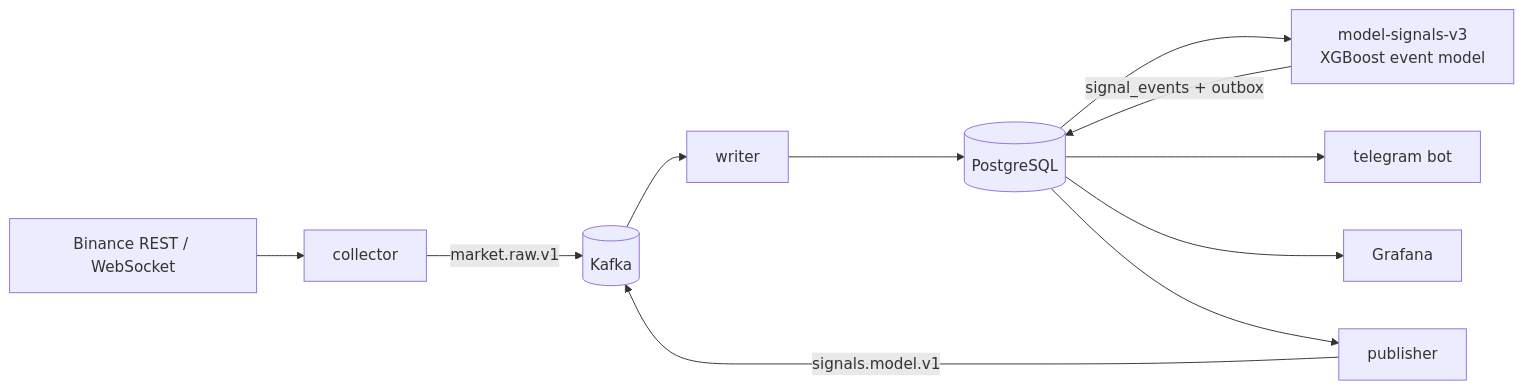
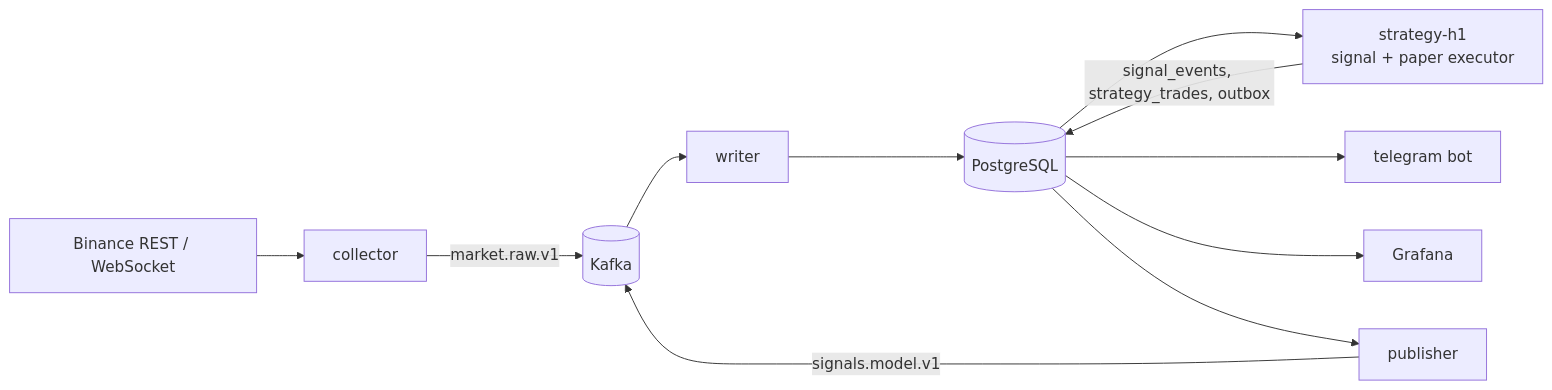
One commit to quocnv20214926/BTC_PIPELINE changed the diagram in README.md. Above: the diagram before and after it, drawn with Mermaid. The commit also changed other lines of this file, not shown here.

````diff
--- a/README.md
+++ b/README.md
@@ -18,12 +45,12 @@
 ```mermaid
 flowchart LR
     B[Binance REST / WebSocket] --> C[collector]
     C -->|market.raw.v1| K[(Kafka)]
     K --> W[writer]
     W --> P[(PostgreSQL)]
-    P --> M[model-signals-v3<br/>XGBoost event model]
-    M -->|signal_events + outbox| P
+    P --> S[strategy-h1<br/>signal + paper executor]
+    S -->|signal_events, strategy_trades, outbox| P
     P --> T[telegram bot]
     P --> G[Grafana]
     P --> O[publisher] -->|signals.model.v1| K
 ```
````
